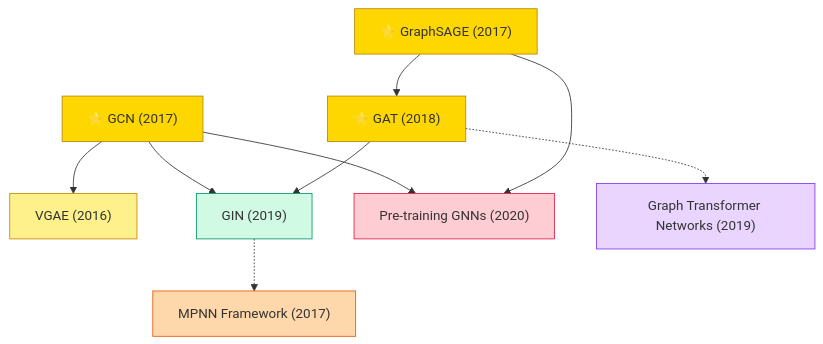
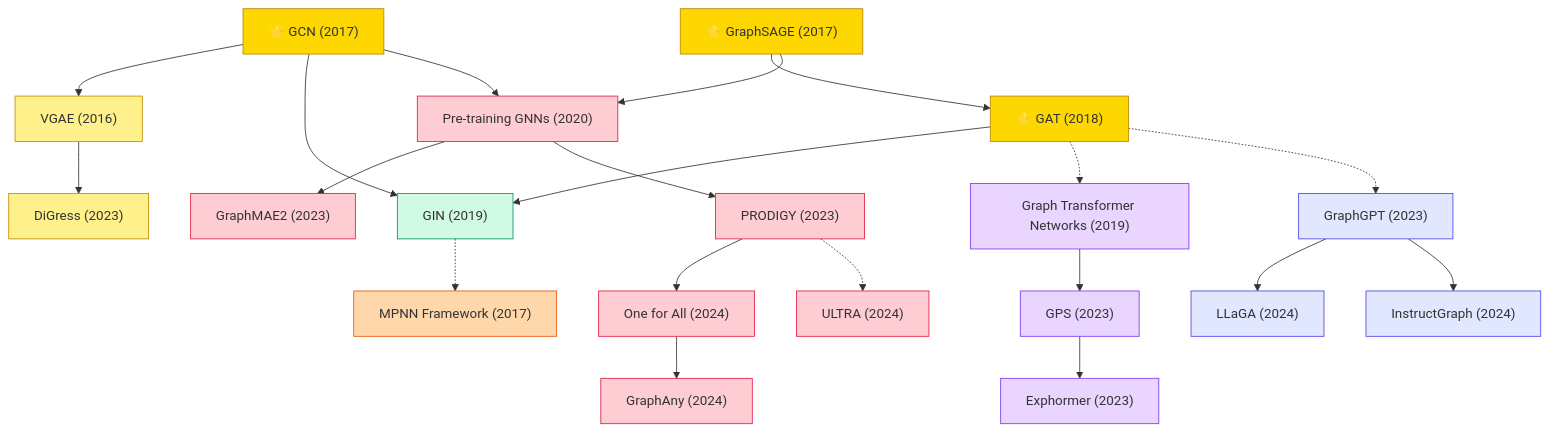
Before and after one commit to zerenzhou/Awesome-Machine-Learning-Papers: the diagram in domains/graph/README.md, drawn with Mermaid. The commit also changed other lines of this file and 4 other files, not shown here.

````diff
--- a/domains/graph/README.md
+++ b/domains/graph/README.md
@@ -7,21 +7,37 @@
 ```mermaid
 graph TD
     classDef spectral fill:#DBEAFE,stroke:#2563EB
     classDef spatial fill:#D1FAE5,stroke:#059669
     classDef theory fill:#FED7AA,stroke:#EA580C
     classDef trans fill:#E9D5FF,stroke:#7C3AED
     classDef pretrain fill:#FECDD3,stroke:#E11D48
     classDef gen fill:#FEF08A,stroke:#CA8A04
+    classDef llm fill:#E0E7FF,stroke:#4F46E5
     classDef star fill:#FFD700,stroke:#B8860B
 
     GCN["⭐ GCN (2017)"]:::star --> VGAE["VGAE (2016)"]:::gen
     GCN --> GIN["GIN (2019)"]:::spatial
     GCN --> PretrainGNN["Pre-training GNNs (2020)"]:::pretrain
 
     GraphSAGE["⭐ GraphSAGE (2017)"]:::star --> GAT["⭐ GAT (2018)"]:::star
     GAT --> GIN
     GAT -.-> GTN["Graph Transformer Networks (2019)"]:::trans
     GraphSAGE --> PretrainGNN
 
     GIN -.-> MPNN["MPNN Framework (2017)"]:::theory
+
+    GTN --> GPS["GPS (2023)"]:::trans
+    GPS --> Exphormer["Exphormer (2023)"]:::trans
+
+    PretrainGNN --> GraphMAE2["GraphMAE2 (2023)"]:::pretrain
+    PretrainGNN --> PRODIGY["PRODIGY (2023)"]:::pretrain
+    PRODIGY --> OneForAll["One for All (2024)"]:::pretrain
+    OneForAll --> GraphAny["GraphAny (2024)"]:::pretrain
+    PRODIGY -.-> ULTRA["ULTRA (2024)"]:::pretrain
+
+    VGAE --> DiGress["DiGress (2023)"]:::gen
+
+    GAT -.-> GraphGPT["GraphGPT (2023)"]:::llm
+    GraphGPT --> LLaGA["LLaGA (2024)"]:::llm
+    GraphGPT --> InstructGraph["InstructGraph (2024)"]:::llm
 ```
````
